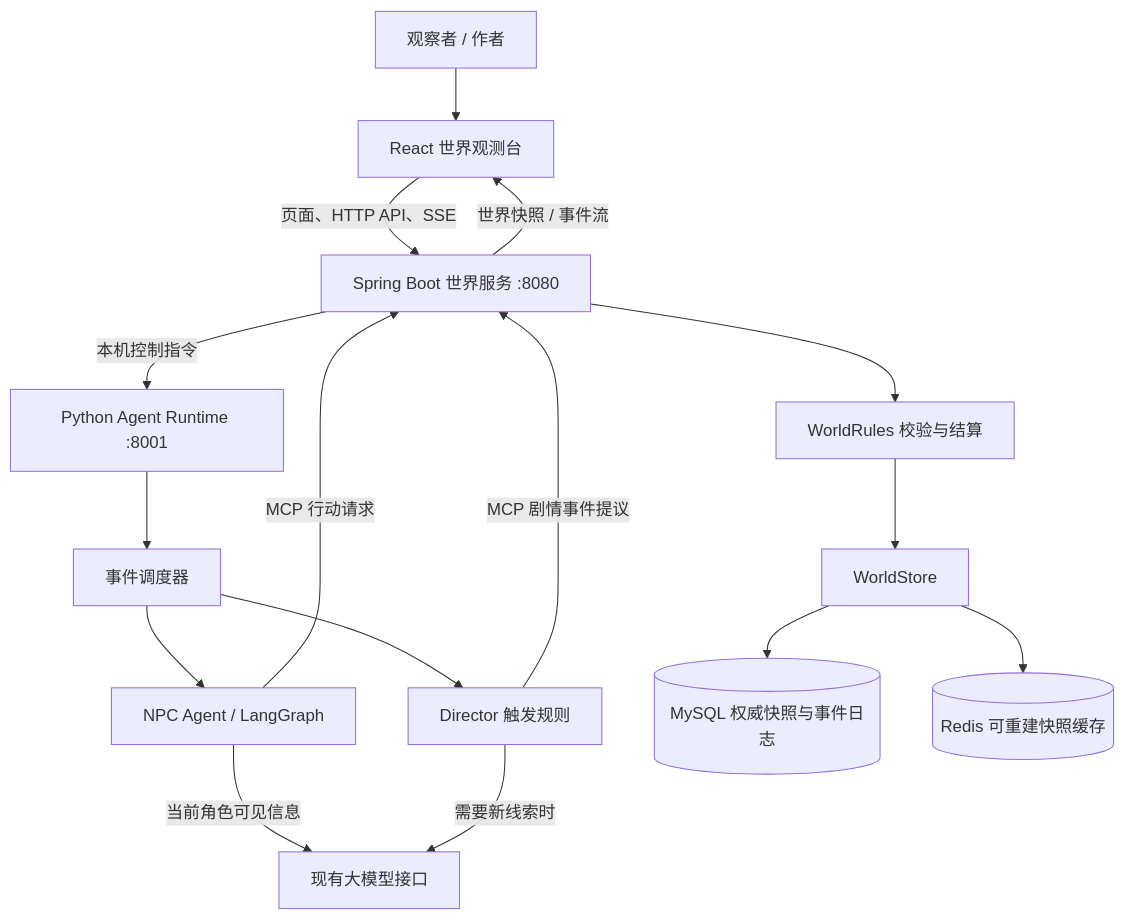
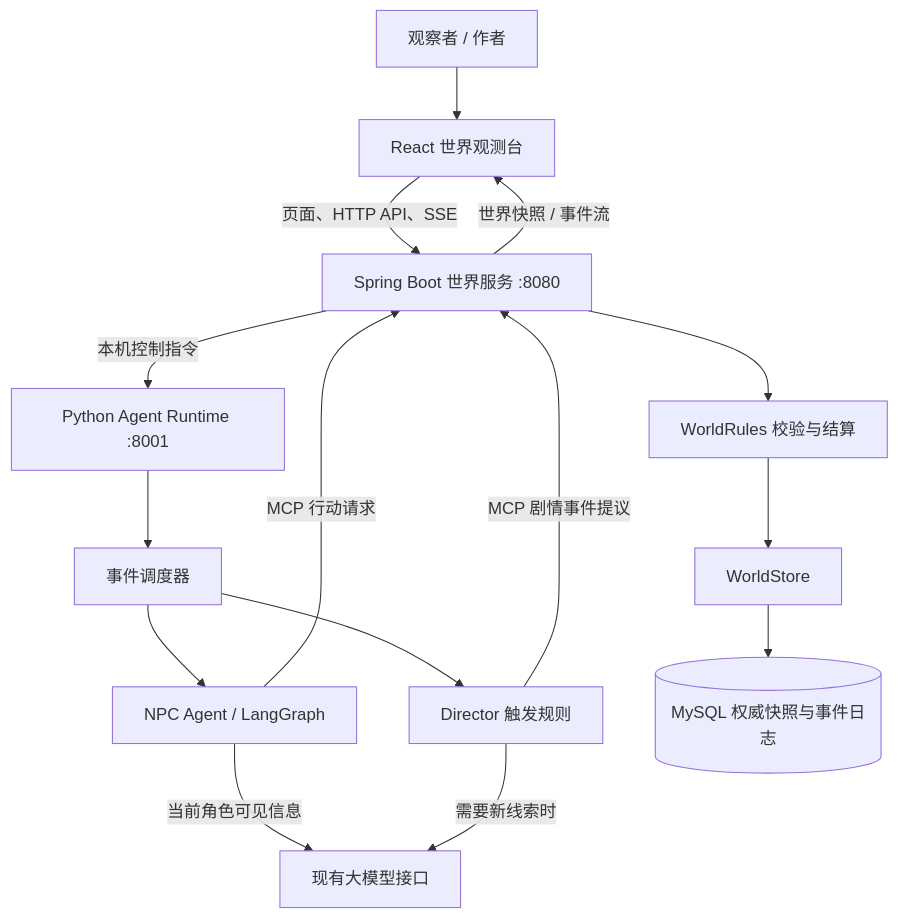
One commit to wb2467113791/NovelWorld changed the first of 3 diagrams in docs/NovelWorld_项目整体说明.md. Above: the diagram before and after it, drawn with Mermaid. The commit also changed other lines of this file and 43 other files, not shown here.

````diff
--- a/docs/NovelWorld_项目整体说明.md
+++ b/docs/NovelWorld_项目整体说明.md
@@ -15,18 +15,17 @@
 ```mermaid
 flowchart TB
     Human[观察者 / 作者] --> Browser[React 世界观测台]
     Browser -->|页面、HTTP API、SSE| Java[Spring Boot 世界服务 :8080]
     Java -->|本机控制指令| Runtime[Python Agent Runtime :8001]
     Runtime --> Scheduler[事件调度器]
     Scheduler --> NPC[NPC Agent / LangGraph]
     Scheduler --> Director[Director 触发规则]
     NPC -->|当前角色可见信息| Model[现有大模型接口]
     Director -->|需要新线索时| Model
     NPC -->|MCP 行动请求| Java
     Director -->|MCP 剧情事件提议| Java
     Java --> Rules[WorldRules 校验与结算]
     Rules --> Store[WorldStore]
     Store --> MySQL[(MySQL 权威快照与事件日志)]
-    Store --> Redis[(Redis 可重建快照缓存)]
     Java -->|世界快照 / 事件流| Browser
 ```
````
